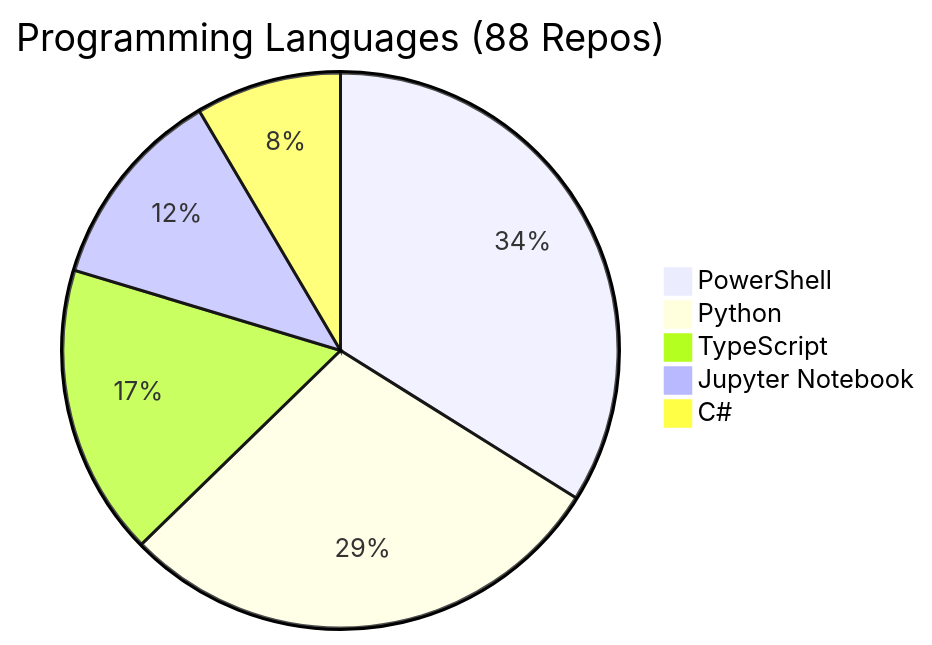
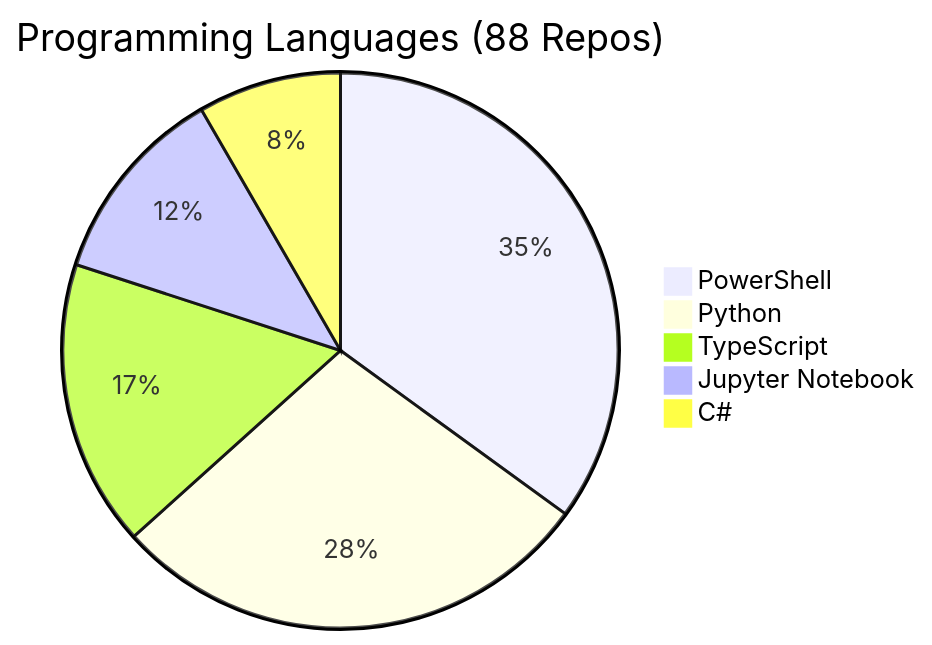
The diagram in REPOS.md (fabioc-aloha/fabioc-aloha), drawn with Mermaid before and after one commit. The commit also changed other lines of this file and 1 other file, not shown here.

````diff
--- a/REPOS.md
+++ b/REPOS.md
@@ -131,8 +131,8 @@
 ```mermaid
 pie title Programming Languages (88 Repos)
-    "PowerShell" : 20
+    "PowerShell" : 21
     "Python" : 17
     "TypeScript" : 10
     "Jupyter Notebook" : 7
     "C#" : 5
 ```
````
